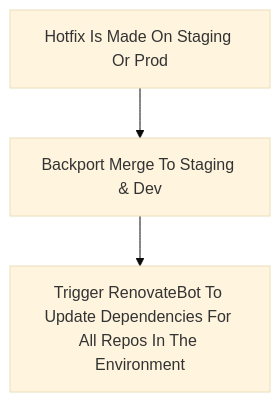
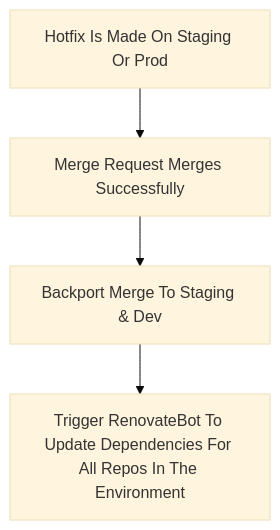
Before and after one commit to zeke-code/gitlab-flow: the seventh of 9 diagrams in README.md, drawn with Mermaid (base theme). The commit also changed other lines of this file, not shown here.

````diff
--- a/README.md
+++ b/README.md
@@ -208,5 +209,5 @@
 ```mermaid
 graph TD;
-   A[Hotfix Is Made On Staging Or Prod] --> B[Backport Merge To Staging & Dev]
-   B --> C[Trigger RenovateBot To Update Dependencies For All Repos In The Environment]
+   A[Hotfix Is Made On Staging Or Prod] --> B[Merge Request Merges Successfully]
+   B --> C[Backport Merge To Staging & Dev] --> D[Trigger RenovateBot To Update Dependencies For All Repos In The Environment]
 ```
````
